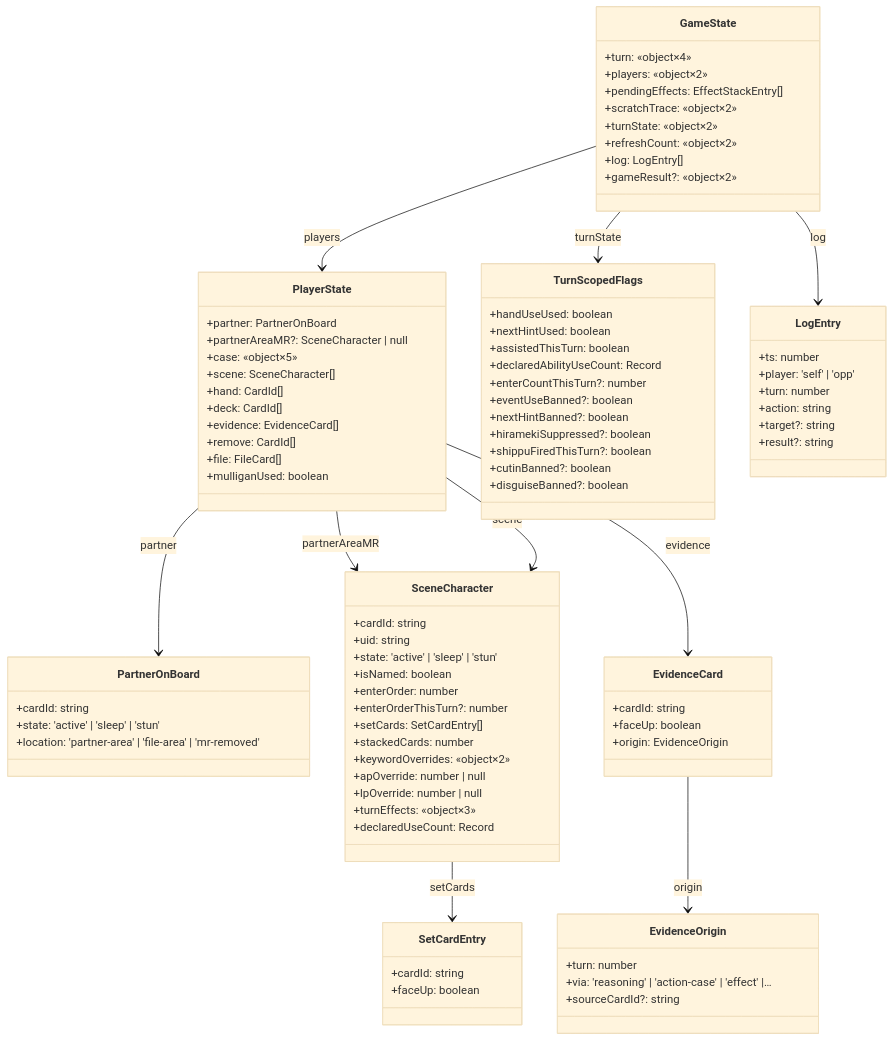
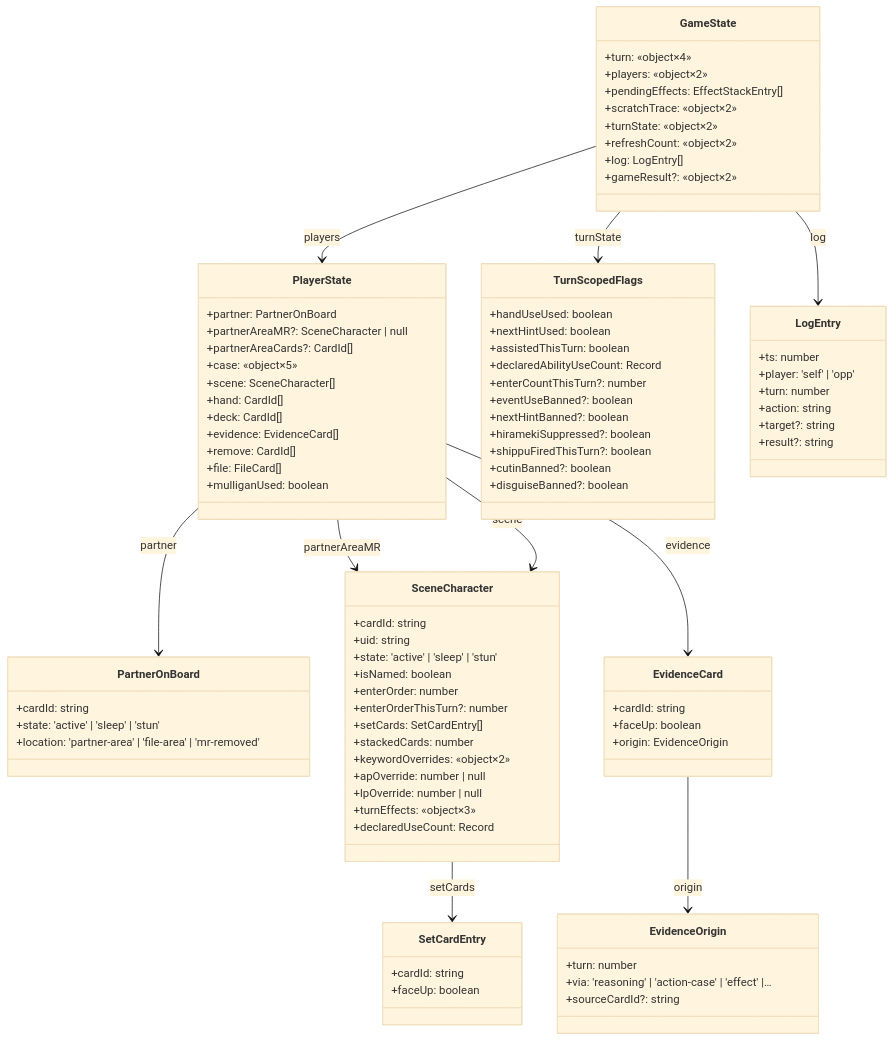
Before and after one commit to orihekat78/TCGApp: the diagram in .claude/auto/state/game-state.md, drawn with Mermaid (base theme). The commit also changed other lines of this file and 126 other files, not shown here.

First line of the commit message:
feat(engine): wave-12 (A1) — G39 PA 一般カード枠 partnerAreaCards + toPartnerArea + ビッグジュエル移動4テキスト全出荷

```diff
--- a/.claude/auto/state/game-state.md
+++ b/.claude/auto/state/game-state.md
@@ -25,6 +25,7 @@
   class PlayerState {
     +partner: PartnerOnBoard
     +partnerAreaMR?: SceneCharacter | null
+    +partnerAreaCards?: CardId[]
     +case: «object×5»
     +scene: SceneCharacter[]
     +hand: CardId[]
```
